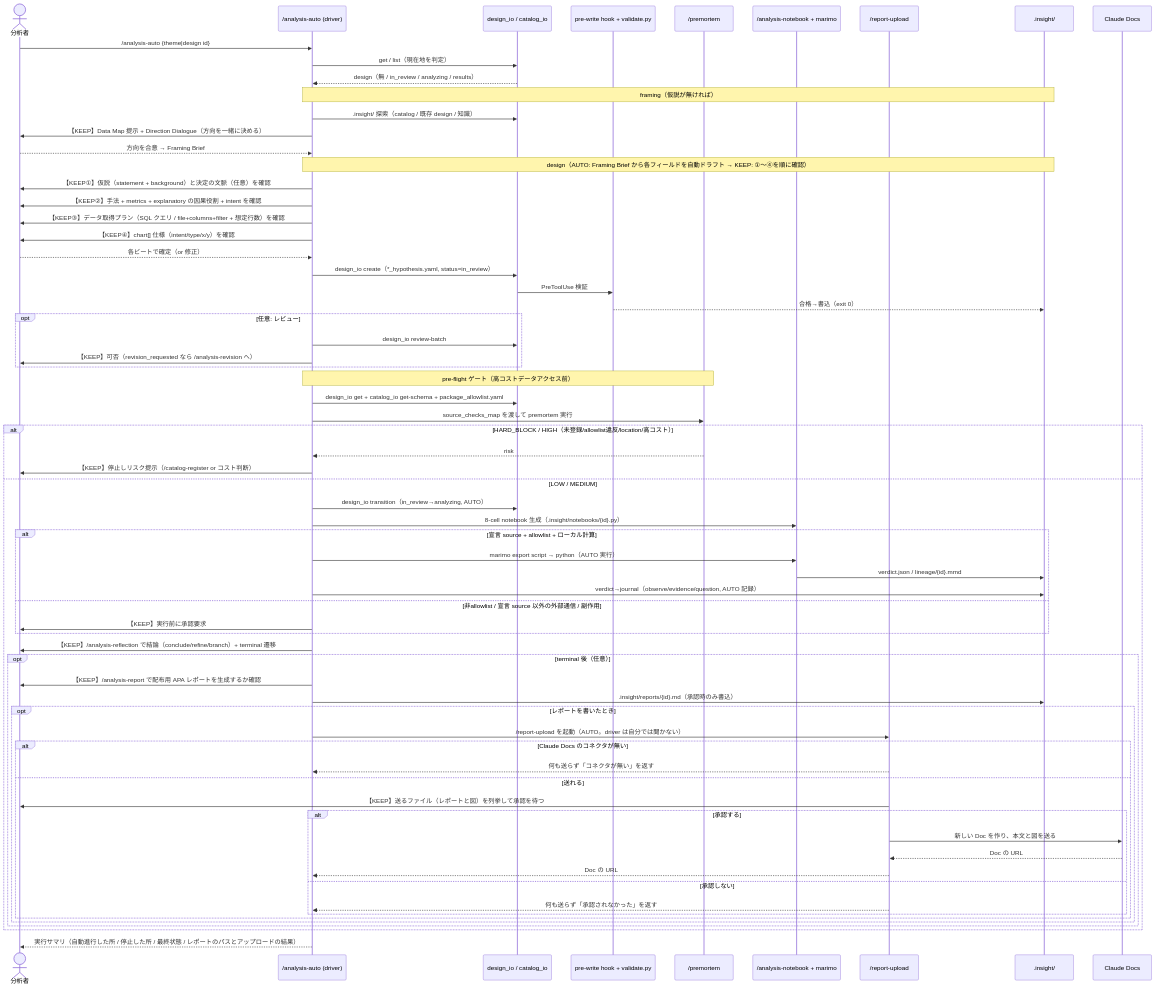
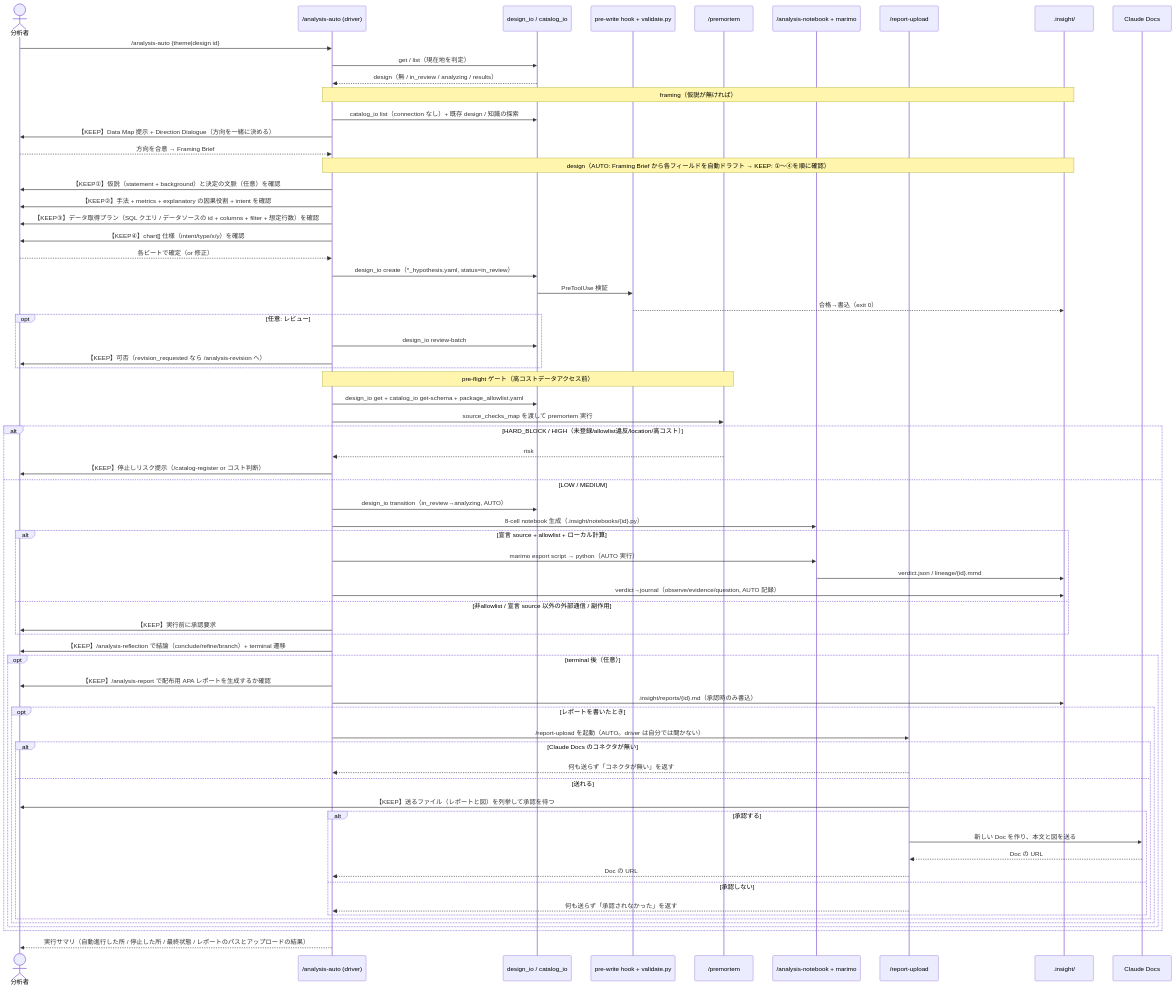
The fifth of 6 diagrams in docs/ARCHITECTURE.md (etoyama/insight-blueprint-skills), drawn with Mermaid before and after one commit. The commit also changed other lines of this file and 20 other files, not shown here.

````diff
--- a/docs/ARCHITECTURE.md
+++ b/docs/ARCHITECTURE.md
@@ -300,74 +300,74 @@
 ```mermaid
 sequenceDiagram
     actor U as 分析者
     participant D as /analysis-auto (driver)
     participant IO as design_io / catalog_io
     participant H as pre-write hook + validate.py
     participant PM as /premortem
     participant NB as /analysis-notebook + marimo
     participant P as /report-upload
     participant FS as .insight/
     participant DC as Claude Docs
 
     U->>D: /analysis-auto {theme|design id}
     D->>IO: get / list（現在地を判定）
     IO-->>D: design（無 / in_review / analyzing / results）
 
     Note over D,FS: framing（仮説が無ければ）
-    D->>IO: .insight/ 探索（catalog / 既存 design / 知識）
+    D->>IO: catalog_io list（connection なし）+ 既存 design / 知識の探索
     D->>U: 【KEEP】Data Map 提示 + Direction Dialogue（方向を一緒に決める）
     U-->>D: 方向を合意 → Framing Brief
     Note over D,FS: design（AUTO: Framing Brief から各フィールドを自動ドラフト → KEEP: ①〜④を順に確認）
     D->>U: 【KEEP①】仮説（statement + background）と決定の文脈（任意）を確認
     D->>U: 【KEEP②】手法 + metrics + explanatory の因果役割 + intent を確認
-    D->>U: 【KEEP③】データ取得プラン（SQL クエリ / file+columns+filter + 想定行数）を確認
+    D->>U: 【KEEP③】データ取得プラン（SQL クエリ / データソースの id + columns + filter + 想定行数）を確認
     D->>U: 【KEEP④】chart[] 仕様（intent/type/x/y）を確認
     U-->>D: 各ビートで確定（or 修正）
     D->>IO: design_io create（*_hypothesis.yaml, status=in_review）
     IO->>H: PreToolUse 検証
     H-->>FS: 合格→書込（exit 0）
 
     opt 任意: レビュー
         D->>IO: design_io review-batch
         D->>U: 【KEEP】可否（revision_requested なら /analysis-revision へ）
     end
 
     Note over D,PM: pre-flight ゲート（高コストデータアクセス前）
     D->>IO: design_io get + catalog_io get-schema + package_allowlist.yaml
     D->>PM: source_checks_map を渡して premortem 実行
     alt HARD_BLOCK / HIGH（未登録/allowlist違反/location/高コスト）
         PM-->>D: risk
         D->>U: 【KEEP】停止しリスク提示（/catalog-register or コスト判断）
     else LOW / MEDIUM
         D->>IO: design_io transition（in_review→analyzing, AUTO）
         D->>NB: 8-cell notebook 生成（.insight/notebooks/{id}.py）
         alt 宣言 source + allowlist + ローカル計算
             D->>NB: marimo export script → python（AUTO 実行）
             NB->>FS: verdict.json / lineage/{id}.mmd
             D->>FS: verdict→journal（observe/evidence/question, AUTO 記録）
         else 非allowlist / 宣言 source 以外の外部通信 / 副作用
             D->>U: 【KEEP】実行前に承認要求
         end
         D->>U: 【KEEP】/analysis-reflection で結論（conclude/refine/branch）+ terminal 遷移
         opt terminal 後（任意）
             D->>U: 【KEEP】/analysis-report で配布用 APA レポートを生成するか確認
             D->>FS: .insight/reports/{id}.md（承認時のみ書込）
             opt レポートを書いたとき
                 D->>P: /report-upload を起動（AUTO。driver は自分では聞かない）
                 alt Claude Docs のコネクタが無い
                     P-->>D: 何も送らず「コネクタが無い」を返す
                 else 送れる
                     P->>U: 【KEEP】送るファイル（レポートと図）を列挙して承認を待つ
                     alt 承認する
                         P->>DC: 新しい Doc を作り、本文と図を送る
                         DC-->>P: Doc の URL
                         P-->>D: Doc の URL
                     else 承認しない
                         P-->>D: 何も送らず「承認されなかった」を返す
                     end
                 end
             end
         end
     end
     D-->>U: 実行サマリ（自動進行した所 / 停止した所 / 最終状態 / レポートのパスとアップロードの結果）
 ```
````
